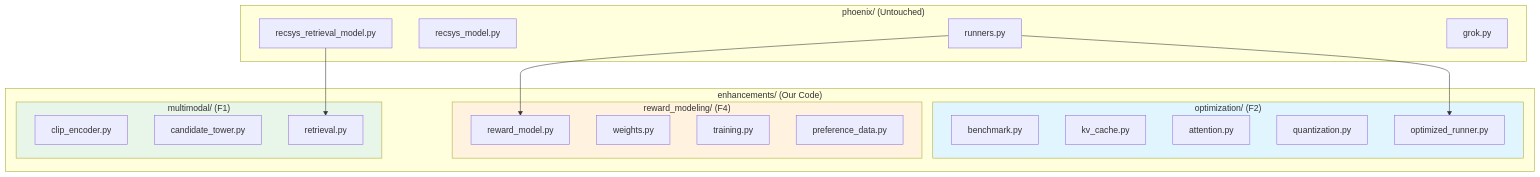
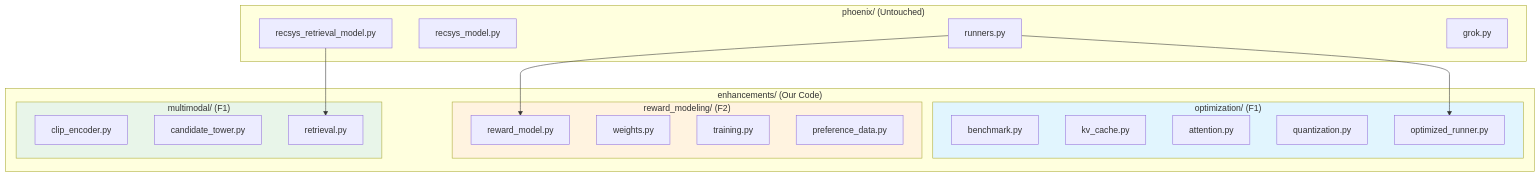
One commit to kar-ganap/x-algorithm-enhancements changed the second of 24 diagrams in docs/design_doc.md. Above: the diagram before and after it, drawn with Mermaid. The commit also changed other lines of this file and 43 other files, not shown here.

First line of the commit message:
refactor: rename F2→F1 (optimization) and F4→F2 (reward modeling)

````diff
--- a/docs/design_doc.md
+++ b/docs/design_doc.md
@@ -53,40 +53,40 @@
 ```mermaid
 graph TB
     subgraph phoenix["phoenix/ (Untouched)"]
         runners["runners.py"]
         recsys["recsys_model.py"]
         retrieval["recsys_retrieval_model.py"]
         grok["grok.py"]
     end
 
     subgraph enhancements["enhancements/ (Our Code)"]
-        subgraph f2["optimization/ (F2)"]
+        subgraph f2["optimization/ (F1)"]
             bench["benchmark.py"]
             kv["kv_cache.py"]
             attn["attention.py"]
             quant["quantization.py"]
             optrunner["optimized_runner.py"]
         end
 
-        subgraph f4["reward_modeling/ (F4)"]
+        subgraph f4["reward_modeling/ (F2)"]
             reward["reward_model.py"]
             weights["weights.py"]
             train["training.py"]
             prefdata["preference_data.py"]
         end
 
         subgraph f1["multimodal/ (F1)"]
             clip["clip_encoder.py"]
             mmtower["candidate_tower.py"]
             mmretrieval["retrieval.py"]
         end
     end
 
     runners --> optrunner
     runners --> reward
     retrieval --> mmretrieval
 
     style f2 fill:#e1f5fe
     style f4 fill:#fff3e0
     style f1 fill:#e8f5e9
 ```
````
